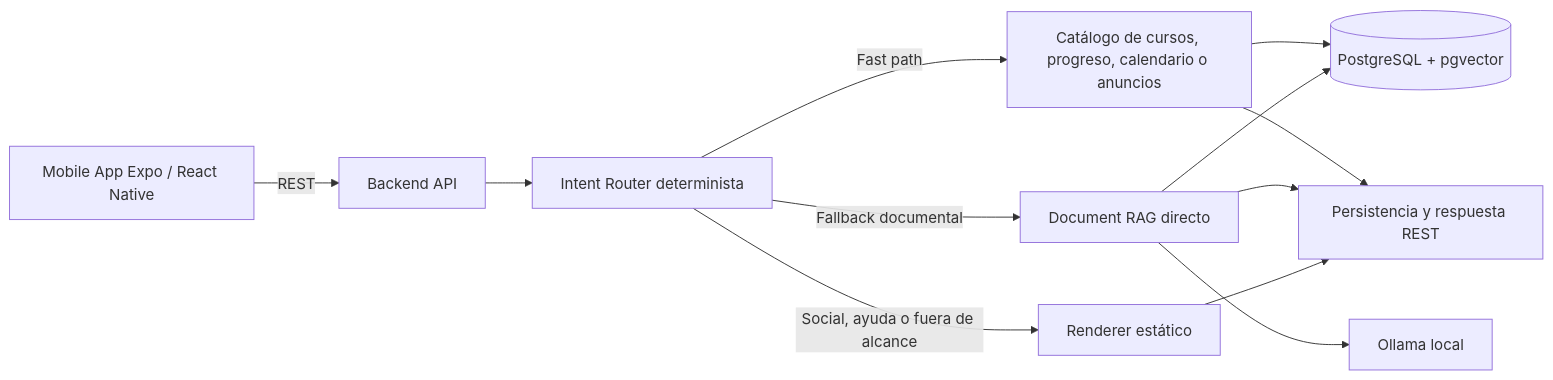
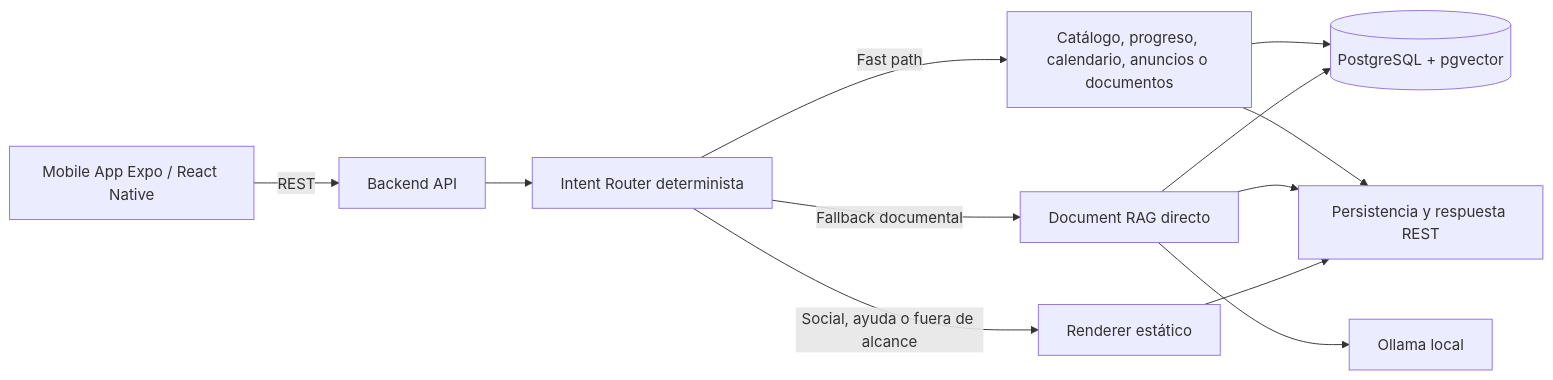
Before and after one commit to XeyKG/BanuChat_: the second of 4 diagrams in docs/arquitectura.md, drawn with Mermaid. The commit also changed other lines of this file and 25 other files, not shown here.

First line of the commit message:
Add document_lookup fast path and mobile viewer

````diff
--- a/docs/arquitectura.md
+++ b/docs/arquitectura.md
@@ -80,14 +80,14 @@
 ```mermaid
 flowchart LR
     mobile["Mobile App Expo / React Native"] -->|"REST"| api["Backend API"]
     api --> router["Intent Router determinista"]
-    router -->|"Fast path"| fast["Catálogo de cursos, progreso, calendario o anuncios"]
+    router -->|"Fast path"| fast["Catálogo, progreso, calendario, anuncios o documentos"]
     router -->|"Social, ayuda o fuera de alcance"| static["Renderer estático"]
     router -->|"Fallback documental"| rag["Document RAG directo"]
     fast --> db[("PostgreSQL + pgvector")]
     rag --> db
     rag --> ollama["Ollama local"]
     fast --> reply["Persistencia y respuesta REST"]
     rag --> reply
     static --> reply
 ```
````
